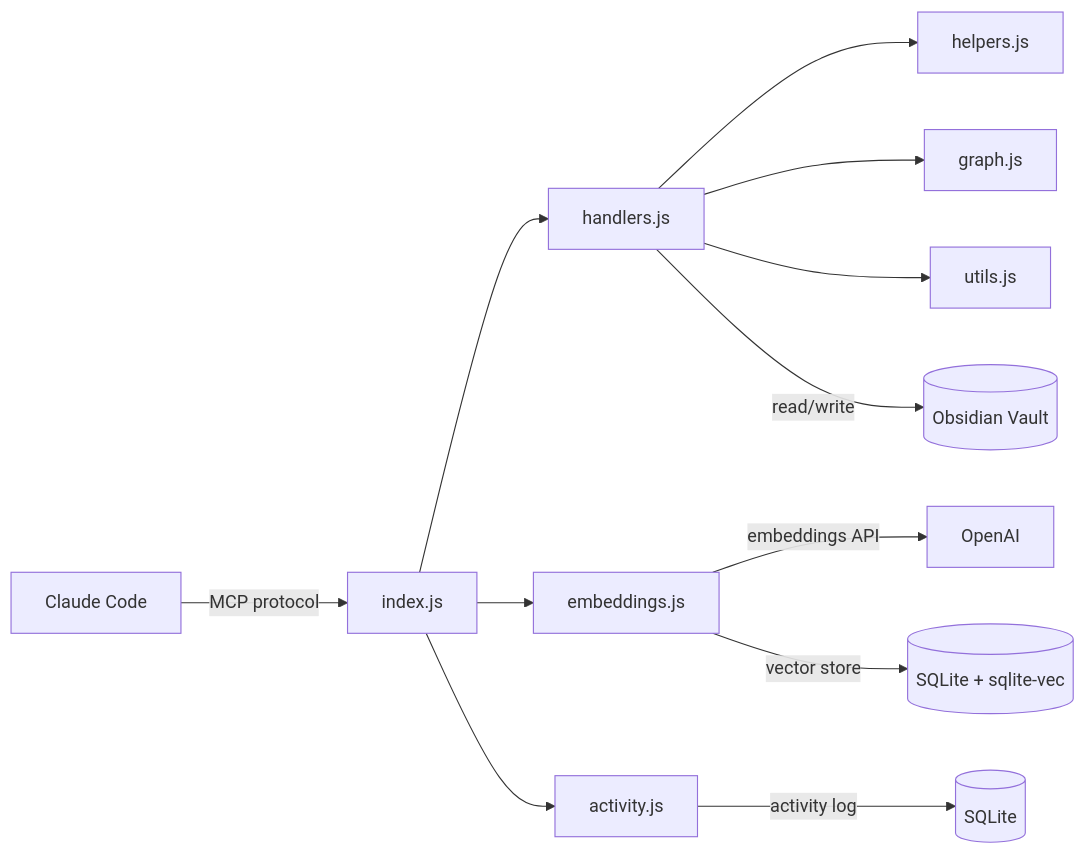
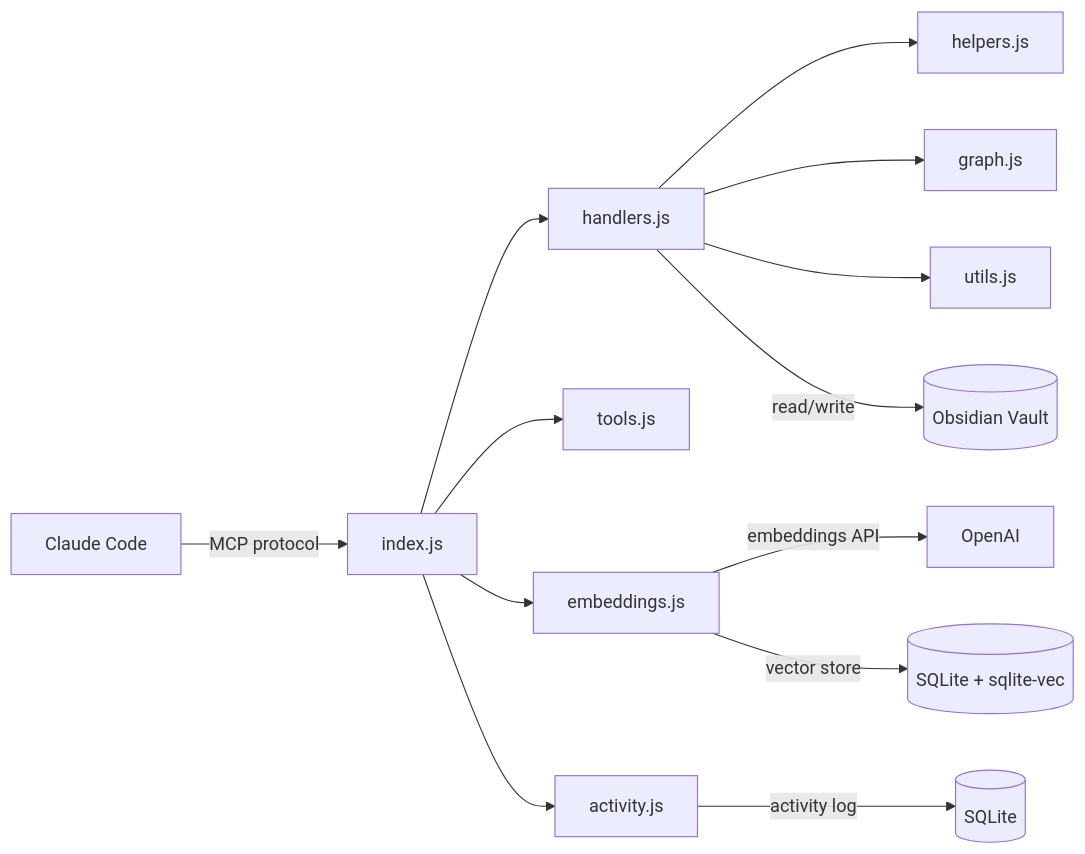
One commit to AdrianV101/obsidian-pkm-plugin changed the diagram in README.md. Above: the diagram before and after it, drawn with Mermaid. The commit also changed other lines of this file and 2 other files, not shown here.

````diff
--- a/README.md
+++ b/README.md
@@ -268,14 +267,15 @@
 ```mermaid
 graph LR
     CC[Claude Code] -->|MCP protocol| IDX[index.js]
     IDX --> HND[handlers.js]
+    IDX --> T[tools.js]
     IDX --> E[embeddings.js]
     IDX --> A[activity.js]
     HND --> H[helpers.js]
     HND --> G[graph.js]
     HND --> U[utils.js]
     HND -->|read/write| V[(Obsidian Vault)]
     E -->|embeddings API| OAI[OpenAI]
     E -->|vector store| DB[(SQLite + sqlite-vec)]
     A -->|activity log| DB2[(SQLite)]
 ```
````
